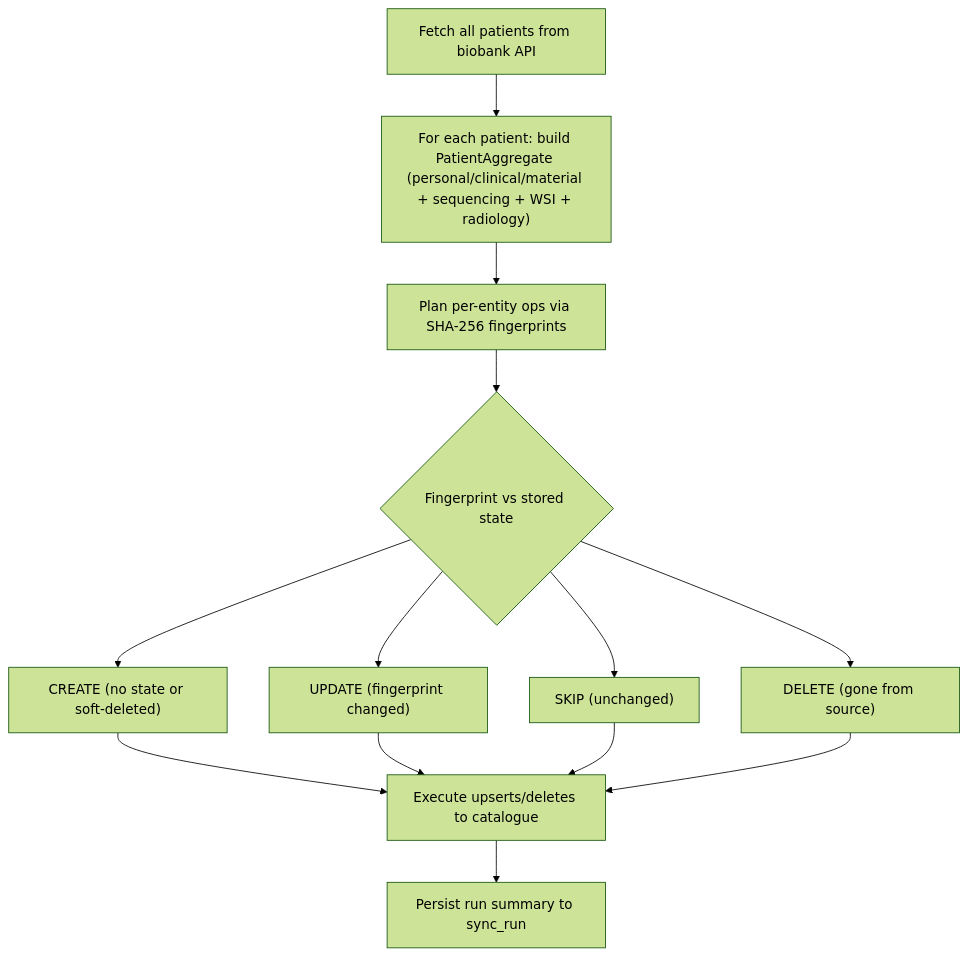
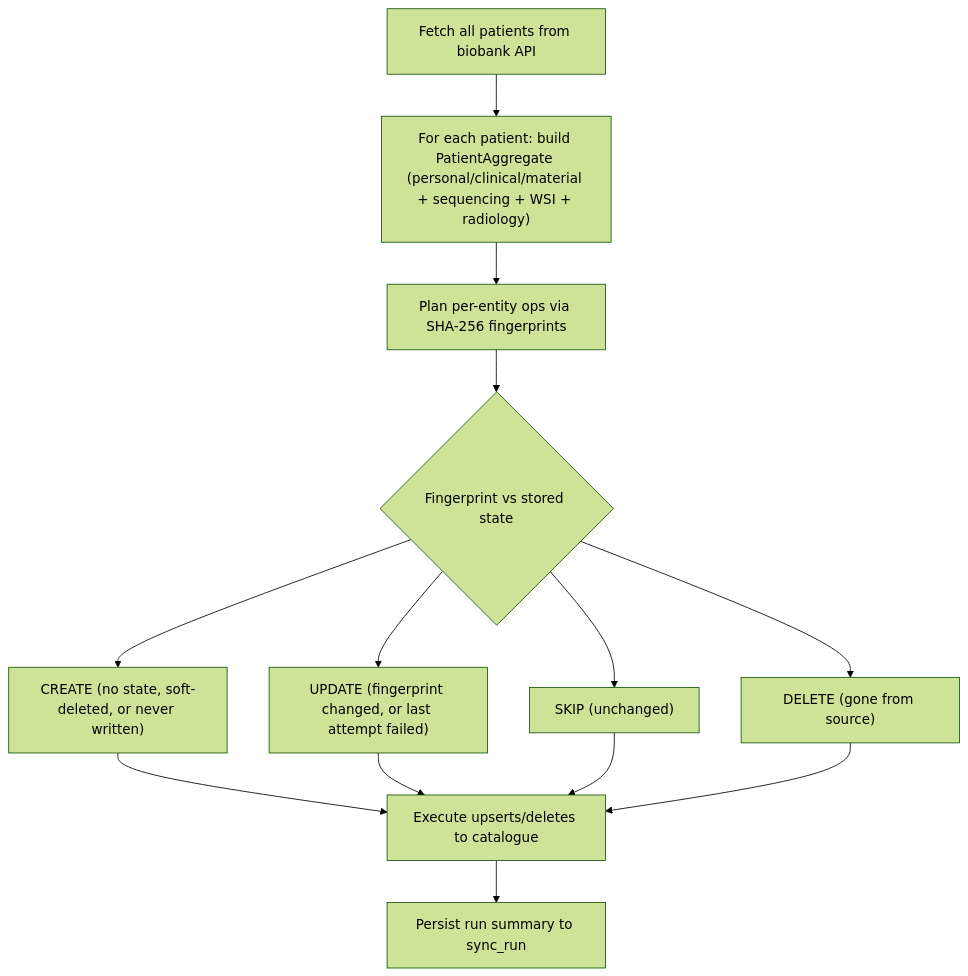
The third of 4 diagrams in ARCHITECTURE.md (BBMRI-cz/data-catalogue-upload), drawn with Mermaid (forest theme) before and after one commit. The commit also changed other lines of this file and 2 other files, not shown here.

First line of the commit message:
docs(uploader): say when a patient is deleted and when an upload is retried

````diff
--- a/ARCHITECTURE.md
+++ b/ARCHITECTURE.md
@@ -97,24 +97,24 @@
 ```mermaid
 flowchart TD
     Fetch["Fetch all patients from biobank API"]
     Build["For each patient: build PatientAggregate (personal/clinical/material + sequencing + WSI + radiology)"]
     Plan["Plan per-entity ops via SHA-256 fingerprints"]
     Decide{"Fingerprint vs stored state"}
-    Create["CREATE (no state or soft-deleted)"]
-    Update["UPDATE (fingerprint changed)"]
+    Create["CREATE (no state, soft-deleted, or never written)"]
+    Update["UPDATE (fingerprint changed, or last attempt failed)"]
     Skip["SKIP (unchanged)"]
     Delete["DELETE (gone from source)"]
     Execute["Execute upserts/deletes to catalogue"]
     Persist["Persist run summary to sync_run"]
 
     Fetch --> Build --> Plan --> Decide
     Decide --> Create
     Decide --> Update
     Decide --> Skip
     Decide --> Delete
     Create --> Execute
     Update --> Execute
     Skip --> Execute
     Delete --> Execute
     Execute --> Persist
 ```
````
